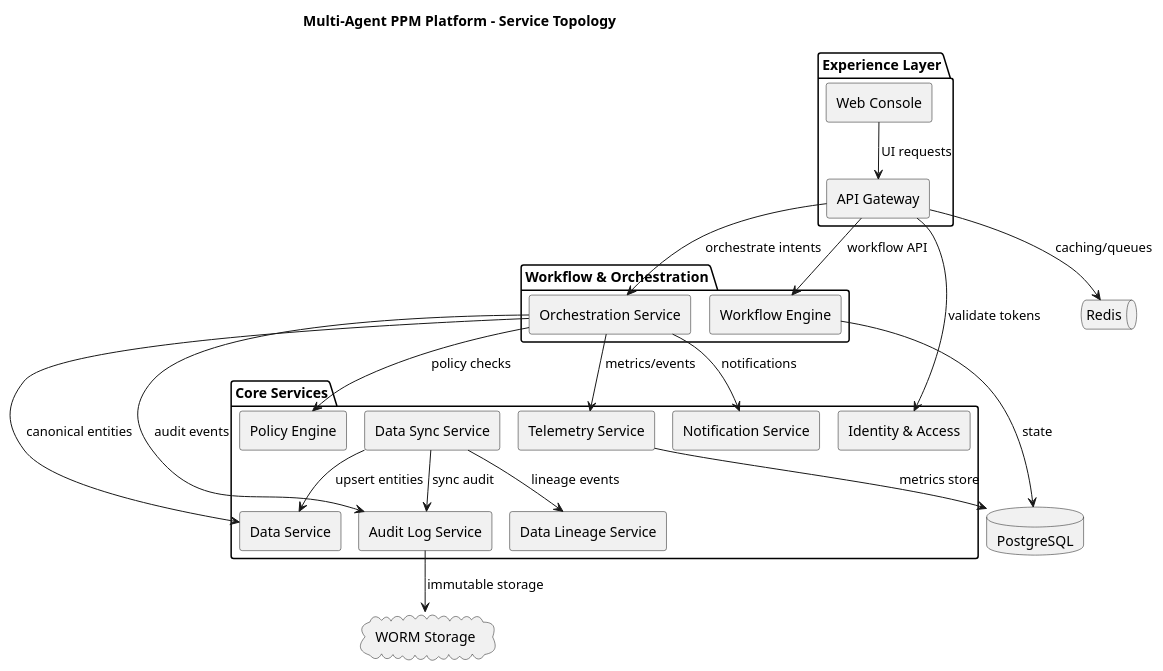
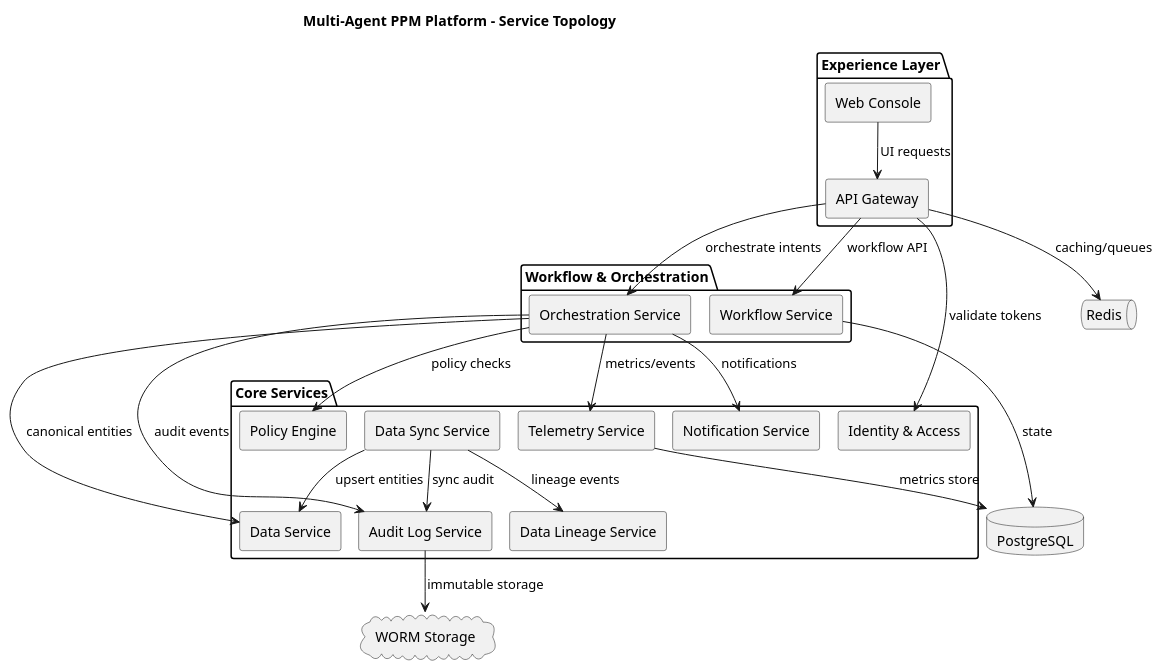
The diagram in docs/architecture/diagrams/service-topology.puml (GeorgeProwse/multi-agent-ppm-platform-v4), drawn with PlantUML before and after one commit. The commit also changed 131 other files, not shown here.

First line of the commit message:
Rename apps/workflow-engine to apps/workflow-service

```diff
--- a/docs/architecture/diagrams/service-topology.puml
+++ b/docs/architecture/diagrams/service-topology.puml
@@ -1,54 +1,54 @@
 @startuml
 !pragma layout smetana
 skinparam componentStyle rectangle
 skinparam shadowing false
 
 Title Multi-Agent PPM Platform - Service Topology
 
 package "Experience Layer" {
   [API Gateway] as api
   [Web Console] as web
 }
 
 package "Workflow & Orchestration" {
-  [Workflow Engine] as workflow
+  [Workflow Service] as workflow
   [Orchestration Service] as orchestration
 }
 
 package "Core Services" {
   [Audit Log Service] as audit
   [Data Service] as data
   [Data Sync Service] as sync
   [Data Lineage Service] as lineage
   [Identity & Access] as identity
   [Notification Service] as notify
   [Policy Engine] as policy
   [Telemetry Service] as telemetry
 }
 
 database "PostgreSQL" as postgres
 queue "Redis" as redis
 cloud "WORM Storage" as worm
 
 web --> api : UI requests
 api --> identity : validate tokens
 api --> orchestration : orchestrate intents
 api --> workflow : workflow API
 
 orchestration --> policy : policy checks
 orchestration --> data : canonical entities
 orchestration --> audit : audit events
 orchestration --> telemetry : metrics/events
 orchestration --> notify : notifications
 
 sync --> data : upsert entities
 sync --> lineage : lineage events
 sync --> audit : sync audit
 
 workflow --> postgres : state
 api --> redis : caching/queues
 
 audit --> worm : immutable storage
 telemetry --> postgres : metrics store
 
 @enduml
```
